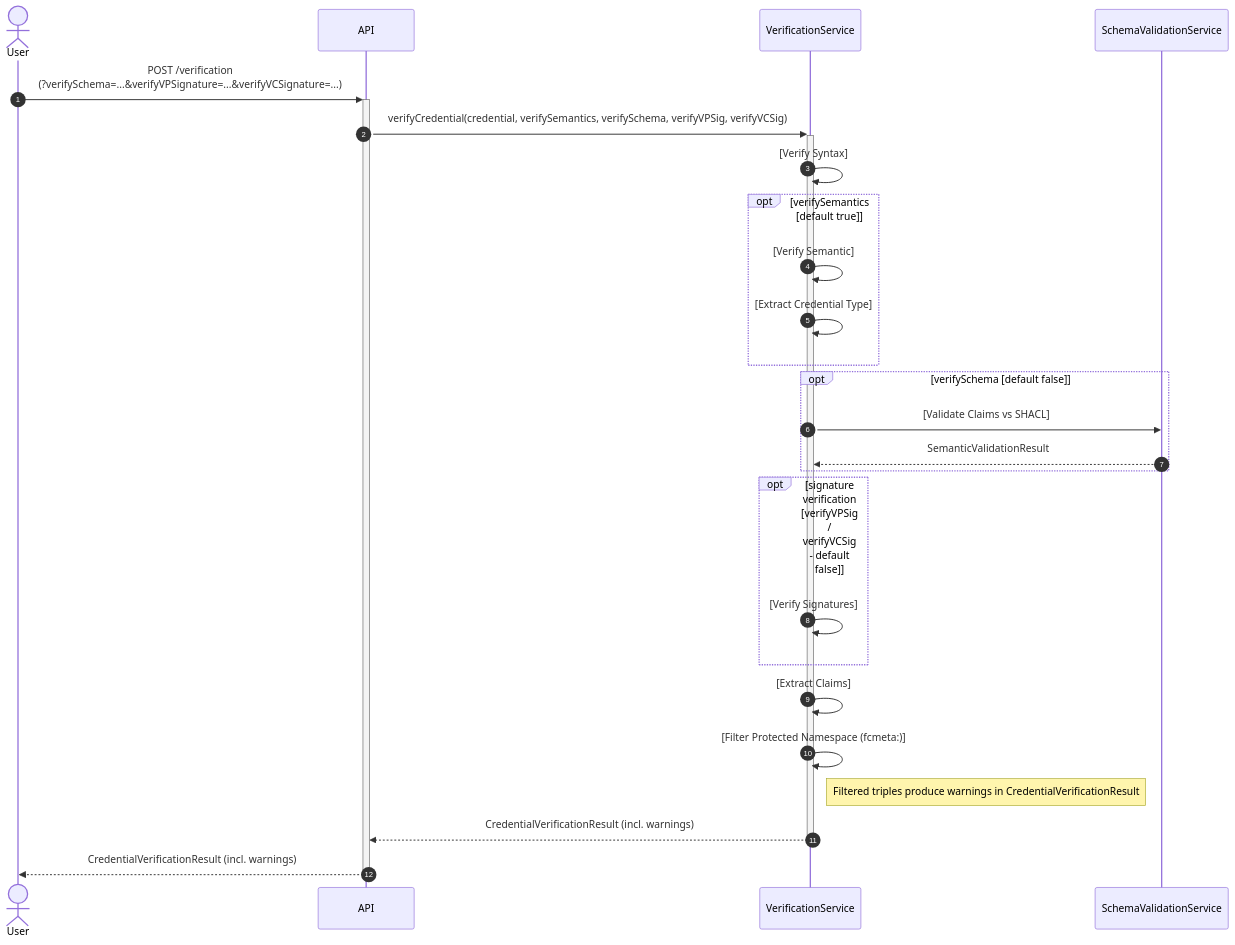
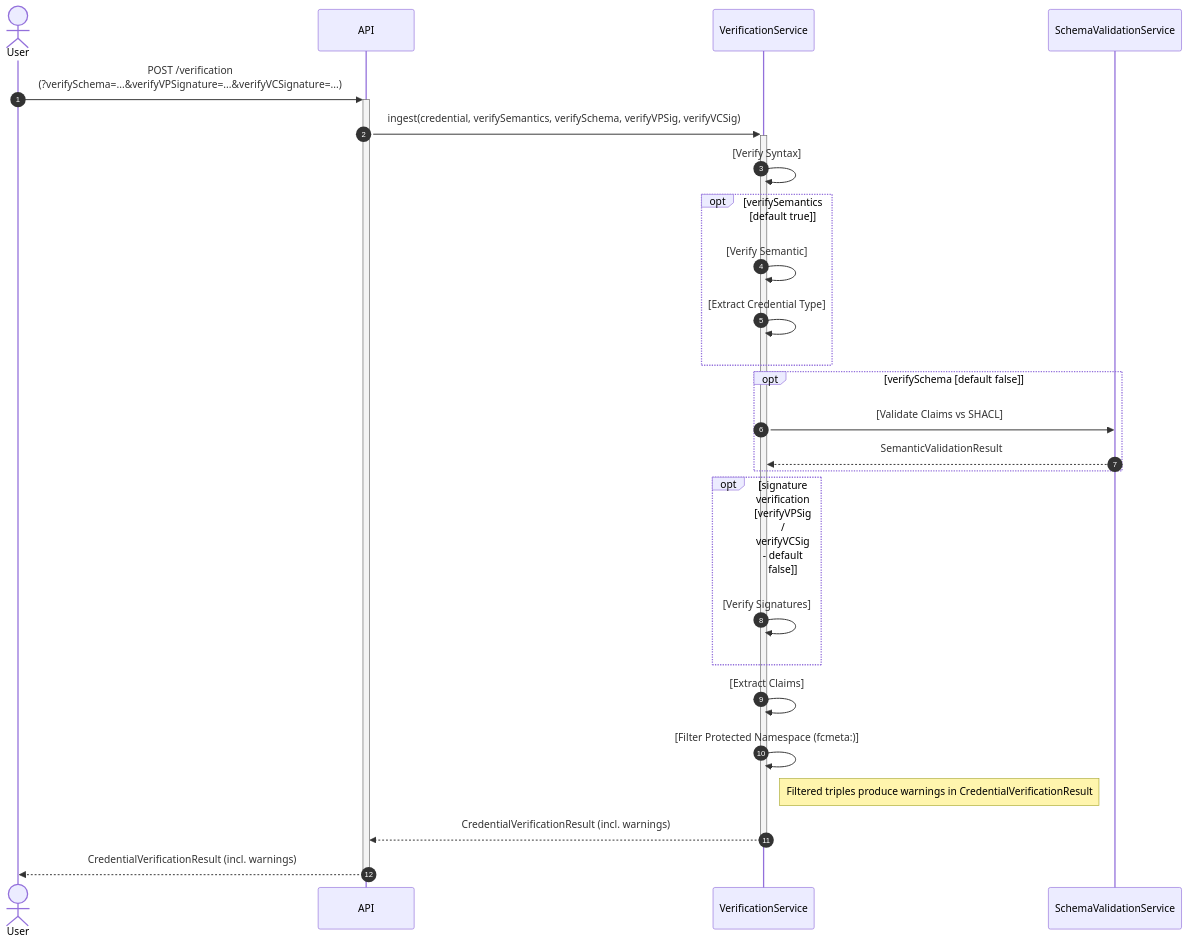
One commit to federated-catalogue-enhancements-2026/docs changed diagram 39 of 44 in federated-catalogue/src/docs/architecture/chapters/06_runtime_view.adoc. Above: the diagram before and after it, drawn with Mermaid. The commit also changed other lines of this file and 1 other file, not shown here.

Commit message:
rename verifyCredential to ingest

```diff
--- a/federated-catalogue/src/docs/architecture/chapters/06_runtime_view.adoc
+++ b/federated-catalogue/src/docs/architecture/chapters/06_runtime_view.adoc
@@ -1204,27 +1204,27 @@
 [mermaid, width=2000]
 ....
 sequenceDiagram
     autonumber
     actor User
     participant API
     participant VerificationService
     User ->> + API:POST /verification<br>(?verifySchema=...&verifyVPSignature=...&verifyVCSignature=...)
-    API ->> + VerificationService:verifyCredential(credential, verifySemantics, verifySchema, verifyVPSig, verifyVCSig)
+    API ->> + VerificationService:ingest(credential, verifySemantics, verifySchema, verifyVPSig, verifyVCSig)
     VerificationService ->> VerificationService: [Verify Syntax]
     opt verifySemantics [default true]
         VerificationService ->> VerificationService: [Verify Semantic]
         VerificationService ->> VerificationService: [Extract Credential Type]
     end
     opt verifySchema [default false]
         VerificationService ->> SchemaValidationService: [Validate Claims vs SHACL]
         SchemaValidationService -->> VerificationService: SemanticValidationResult
     end
     opt signature verification [verifyVPSig / verifyVCSig - default false]
         VerificationService ->> VerificationService: [Verify Signatures]
     end
     VerificationService ->> VerificationService:[Extract Claims]
     VerificationService ->> VerificationService:[Filter Protected Namespace (fcmeta:)]
     Note right of VerificationService: Filtered triples produce warnings in CredentialVerificationResult
     VerificationService -->> - API:CredentialVerificationResult (incl. warnings)
     API -->> -User: CredentialVerificationResult (incl. warnings)
 ....
```
